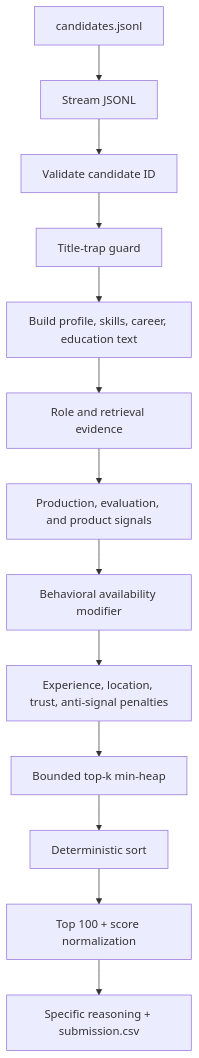
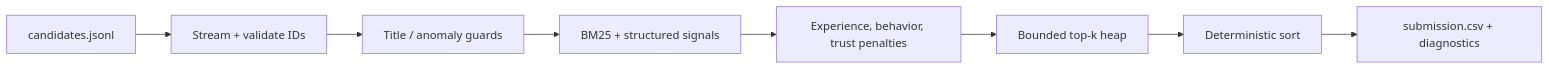
Before and after one commit to Yashsh101/redrob-ranker: the diagram in README.md, drawn with Mermaid. The commit also changed other lines of this file and 11 other files, not shown here.

````diff
--- a/README.md
+++ b/README.md
@@ -21,15 +18,10 @@
 ```mermaid
-flowchart TD
-    A[candidates.jsonl] --> B[Stream JSONL]
-    B --> C[Validate candidate ID]
-    C --> D[Title-trap guard]
-    D --> E[Build profile, skills, career, education text]
-    E --> F[Role and retrieval evidence]
-    F --> G[Production, evaluation, and product signals]
-    G --> H[Behavioral availability modifier]
-    H --> I[Experience, location, trust, anti-signal penalties]
-    I --> J[Bounded top-k min-heap]
-    J --> K[Deterministic sort]
-    K --> L[Top 100 + score normalization]
-    L --> M[Specific reasoning + submission.csv]
+flowchart LR
+  A[candidates.jsonl] --> B[Stream + validate IDs]
+  B --> C[Title / anomaly guards]
+  C --> D[BM25 + structured signals]
+  D --> E[Experience, behavior, trust penalties]
+  E --> F[Bounded top-k heap]
+  F --> G[Deterministic sort]
+  G --> H[submission.csv + diagnostics]
 ```
````
